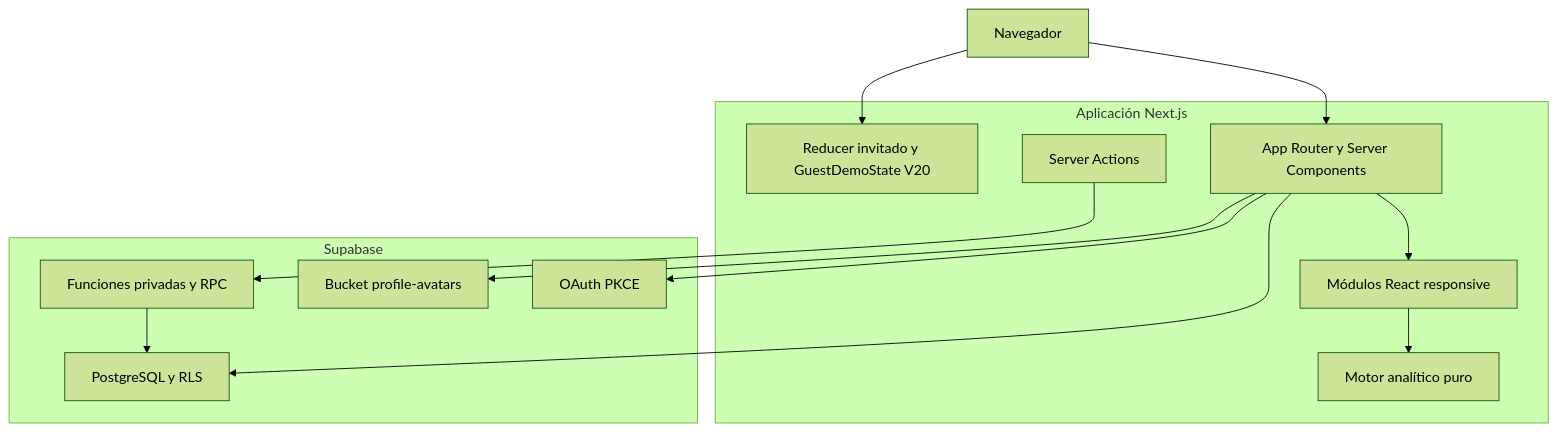
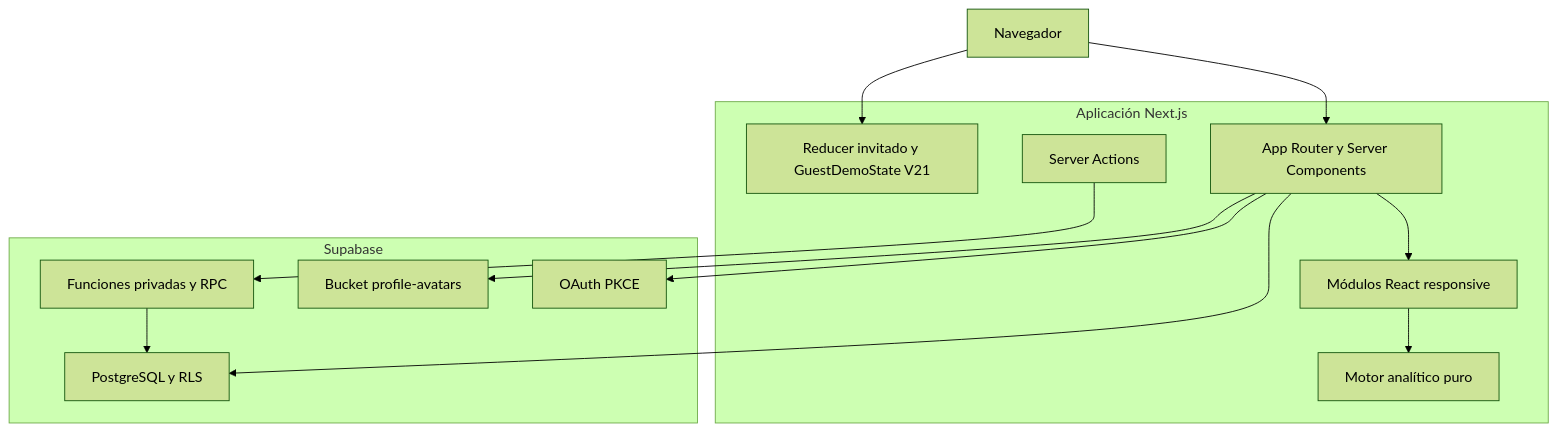
Before and after one commit to antoniojesusdelgado/management-platform-demo: the second of 9 diagrams in docs/TECHNICAL-CASE-STUDY.md, drawn with Mermaid (forest theme). The commit also changed other lines of this file and 55 other files, not shown here.

````diff
--- a/docs/TECHNICAL-CASE-STUDY.md
+++ b/docs/TECHNICAL-CASE-STUDY.md
@@ -83,26 +83,26 @@
 ```mermaid
 flowchart TB
   browser["Navegador"]
   subgraph next["Aplicación Next.js"]
     routes["App Router y Server Components"]
     actions["Server Actions"]
-    guest["Reducer invitado y GuestDemoState V20"]
+    guest["Reducer invitado y GuestDemoState V21"]
     analytics["Motor analítico puro"]
     ui["Módulos React responsive"]
   end
   subgraph supabase["Supabase"]
     auth["OAuth PKCE"]
     postgres["PostgreSQL y RLS"]
     rpc["Funciones privadas y RPC"]
     storage["Bucket profile-avatars"]
   end
   browser --> routes
   browser --> guest
   routes --> ui
   ui --> analytics
   routes --> postgres
   actions --> rpc
   rpc --> postgres
   routes --> auth
   routes --> storage
 ```
````
